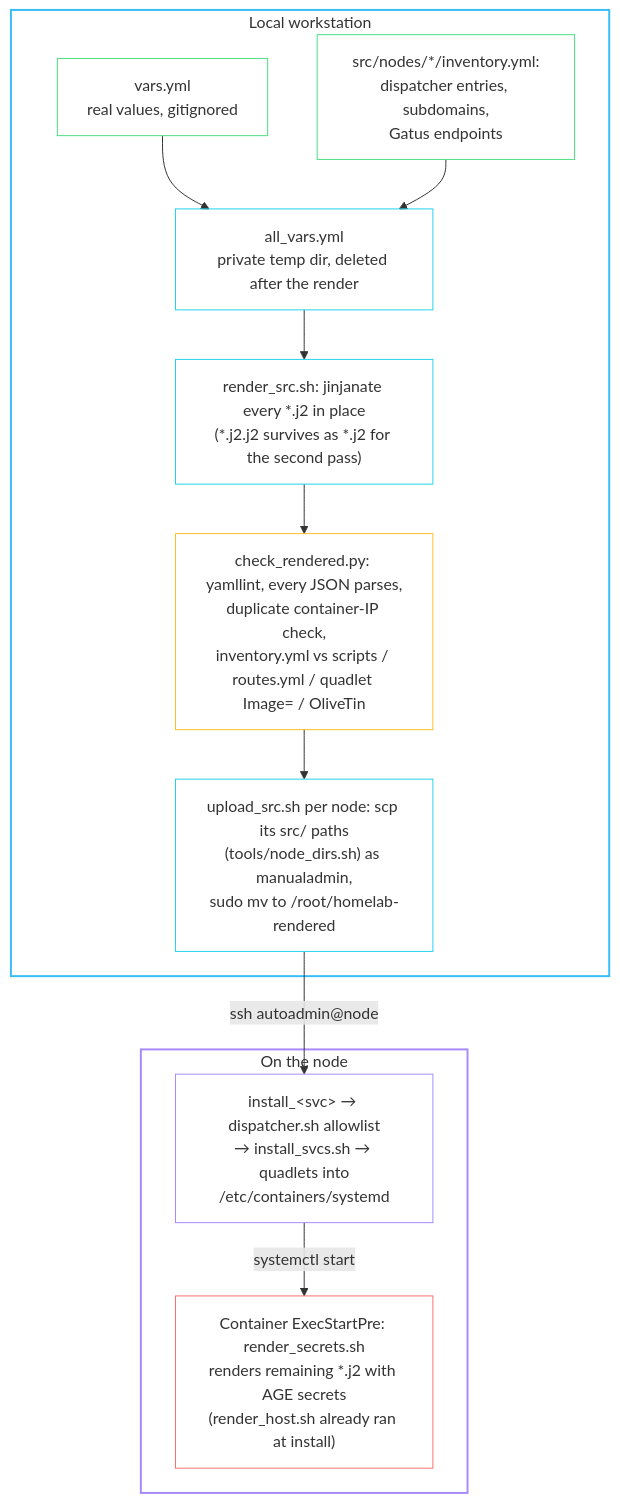
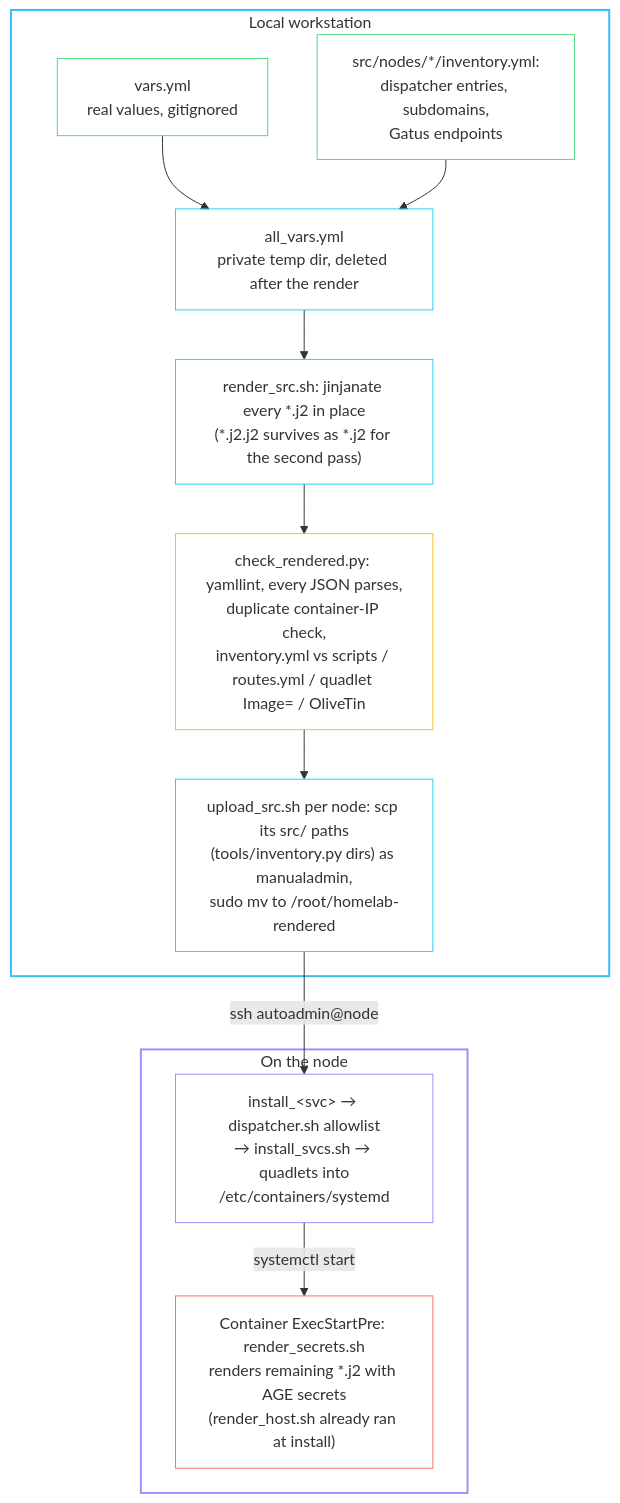
One commit to babraham123/homelab changed the diagram in docs/development.md. Above: the diagram before and after it, drawn with Mermaid. The commit also changed other lines of this file and 105 other files, not shown here.

First line of the commit message:
inventory: derive the lists in tools/inventory.py instead of Jinja

````diff
--- a/docs/development.md
+++ b/docs/development.md
@@ -97,35 +98,35 @@
 ```mermaid
 flowchart TB
     subgraph local["Local workstation"]
         vars["vars.yml<br/>real values, gitignored"]
         inventory["src/nodes/*/inventory.yml:<br/>dispatcher entries, subdomains,<br/>Gatus endpoints"]
         allvars["all_vars.yml<br/>private temp dir, deleted after the render"]
         render["render_src.sh: jinjanate every *.j2 in place<br/>(*.j2.j2 survives as *.j2 for the second pass)"]
         validate["check_rendered.py: yamllint, every JSON parses,<br/>duplicate container-IP check,<br/>inventory.yml vs scripts / routes.yml / quadlet Image= / OliveTin"]
-        upload["upload_src.sh per node: scp its src/ paths<br/>(tools/node_dirs.sh) as manualadmin,<br/>sudo mv to /root/homelab-rendered"]
+        upload["upload_src.sh per node: scp its src/ paths<br/>(tools/inventory.py dirs) as manualadmin,<br/>sudo mv to /root/homelab-rendered"]
     end
 
     subgraph node["On the node"]
         dispatch["install_&lt;svc&gt; → dispatcher.sh allowlist<br/>→ install_svcs.sh → quadlets into<br/>/etc/containers/systemd"]
         second["Container ExecStartPre: render_secrets.sh<br/>renders remaining *.j2 with AGE secrets<br/>(render_host.sh already ran at install)"]
     end
 
     vars --> allvars
     inventory --> allvars
     allvars --> render --> validate --> upload
     upload -- "ssh autoadmin@node" --> dispatch
     dispatch -- "systemctl start" --> second
 
     style local stroke:#38bdf8,stroke-width:2px,fill:transparent
     style node stroke:#a78bfa,stroke-width:2px,fill:transparent
     classDef input stroke:#4ade80,fill:transparent
     classDef step stroke:#22d3ee,fill:transparent
     classDef onnode stroke:#a78bfa,fill:transparent
     classDef check stroke:#fbbf24,fill:transparent
     classDef secret stroke:#f87171,fill:transparent
     class vars,inventory input
     class allvars,render,upload step
     class dispatch onnode
     class validate check
     class second secret
 ```
````
